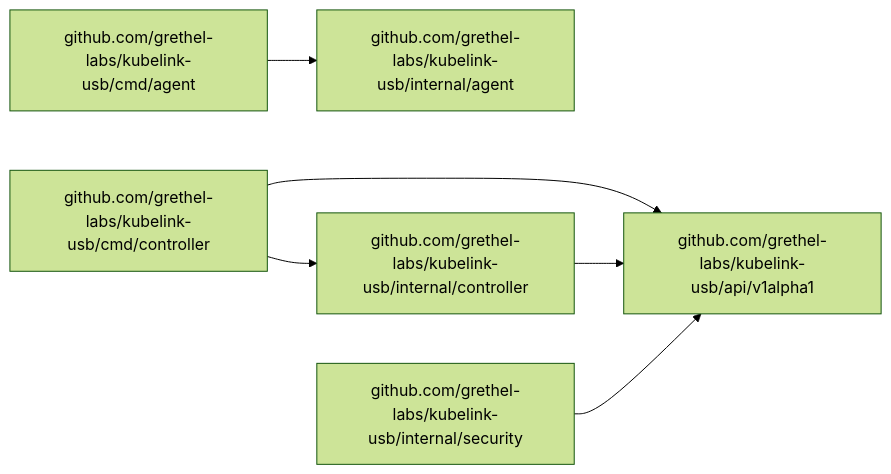
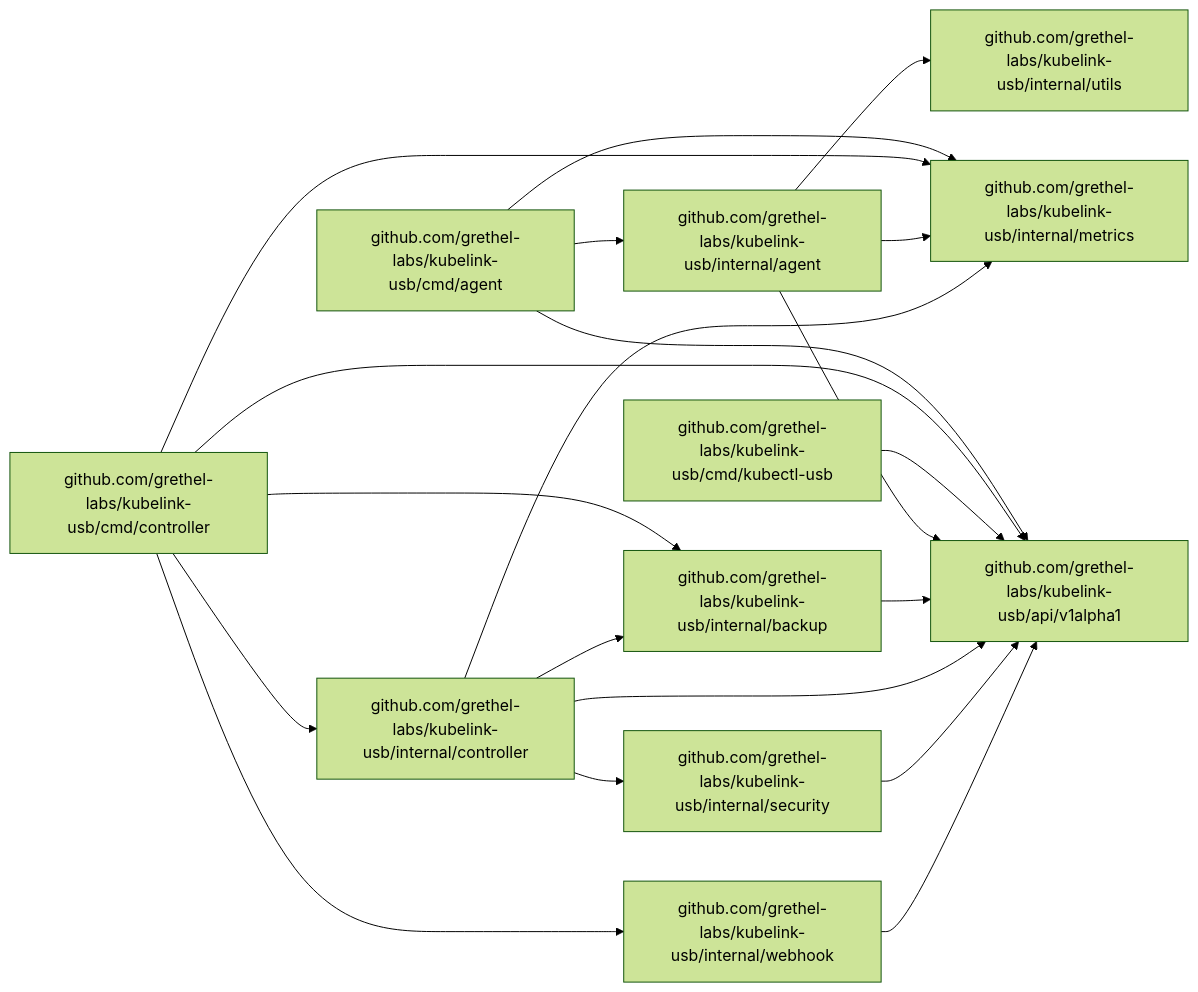
The first of 3 diagrams in docs/CODE_REFERENCE.md (grethel-labs/kubelink-usb), drawn with Mermaid (forest theme) before and after one commit. The commit also changed other lines of this file and 73 other files, not shown here.

````diff
--- a/docs/CODE_REFERENCE.md
+++ b/docs/CODE_REFERENCE.md
@@ -33,8 +37,22 @@
 ```mermaid
 flowchart LR
+    github_com_grethel_labs_kubelink_usb_cmd_agent["github.com/grethel-labs/kubelink-usb/cmd/agent"] --> github_com_grethel_labs_kubelink_usb_api_v1alpha1["github.com/grethel-labs/kubelink-usb/api/v1alpha1"]
     github_com_grethel_labs_kubelink_usb_cmd_agent["github.com/grethel-labs/kubelink-usb/cmd/agent"] --> github_com_grethel_labs_kubelink_usb_internal_agent["github.com/grethel-labs/kubelink-usb/internal/agent"]
+    github_com_grethel_labs_kubelink_usb_cmd_agent["github.com/grethel-labs/kubelink-usb/cmd/agent"] --> github_com_grethel_labs_kubelink_usb_internal_metrics["github.com/grethel-labs/kubelink-usb/internal/metrics"]
     github_com_grethel_labs_kubelink_usb_cmd_controller["github.com/grethel-labs/kubelink-usb/cmd/controller"] --> github_com_grethel_labs_kubelink_usb_api_v1alpha1["github.com/grethel-labs/kubelink-usb/api/v1alpha1"]
+    github_com_grethel_labs_kubelink_usb_cmd_controller["github.com/grethel-labs/kubelink-usb/cmd/controller"] --> github_com_grethel_labs_kubelink_usb_internal_backup["github.com/grethel-labs/kubelink-usb/internal/backup"]
     github_com_grethel_labs_kubelink_usb_cmd_controller["github.com/grethel-labs/kubelink-usb/cmd/controller"] --> github_com_grethel_labs_kubelink_usb_internal_controller["github.com/grethel-labs/kubelink-usb/internal/controller"]
+    github_com_grethel_labs_kubelink_usb_cmd_controller["github.com/grethel-labs/kubelink-usb/cmd/controller"] --> github_com_grethel_labs_kubelink_usb_internal_metrics["github.com/grethel-labs/kubelink-usb/internal/metrics"]
+    github_com_grethel_labs_kubelink_usb_cmd_controller["github.com/grethel-labs/kubelink-usb/cmd/controller"] --> github_com_grethel_labs_kubelink_usb_internal_webhook["github.com/grethel-labs/kubelink-usb/internal/webhook"]
+    github_com_grethel_labs_kubelink_usb_cmd_kubectl_usb["github.com/grethel-labs/kubelink-usb/cmd/kubectl-usb"] --> github_com_grethel_labs_kubelink_usb_api_v1alpha1["github.com/grethel-labs/kubelink-usb/api/v1alpha1"]
+    github_com_grethel_labs_kubelink_usb_internal_agent["github.com/grethel-labs/kubelink-usb/internal/agent"] --> github_com_grethel_labs_kubelink_usb_api_v1alpha1["github.com/grethel-labs/kubelink-usb/api/v1alpha1"]
+    github_com_grethel_labs_kubelink_usb_internal_agent["github.com/grethel-labs/kubelink-usb/internal/agent"] --> github_com_grethel_labs_kubelink_usb_internal_metrics["github.com/grethel-labs/kubelink-usb/internal/metrics"]
+    github_com_grethel_labs_kubelink_usb_internal_agent["github.com/grethel-labs/kubelink-usb/internal/agent"] --> github_com_grethel_labs_kubelink_usb_internal_utils["github.com/grethel-labs/kubelink-usb/internal/utils"]
+    github_com_grethel_labs_kubelink_usb_internal_backup["github.com/grethel-labs/kubelink-usb/internal/backup"] --> github_com_grethel_labs_kubelink_usb_api_v1alpha1["github.com/grethel-labs/kubelink-usb/api/v1alpha1"]
     github_com_grethel_labs_kubelink_usb_internal_controller["github.com/grethel-labs/kubelink-usb/internal/controller"] --> github_com_grethel_labs_kubelink_usb_api_v1alpha1["github.com/grethel-labs/kubelink-usb/api/v1alpha1"]
+    github_com_grethel_labs_kubelink_usb_internal_controller["github.com/grethel-labs/kubelink-usb/internal/controller"] --> github_com_grethel_labs_kubelink_usb_internal_backup["github.com/grethel-labs/kubelink-usb/internal/backup"]
+    github_com_grethel_labs_kubelink_usb_internal_controller["github.com/grethel-labs/kubelink-usb/internal/controller"] --> github_com_grethel_labs_kubelink_usb_internal_metrics["github.com/grethel-labs/kubelink-usb/internal/metrics"]
+    github_com_grethel_labs_kubelink_usb_internal_controller["github.com/grethel-labs/kubelink-usb/internal/controller"] --> github_com_grethel_labs_kubelink_usb_internal_security["github.com/grethel-labs/kubelink-usb/internal/security"]
     github_com_grethel_labs_kubelink_usb_internal_security["github.com/grethel-labs/kubelink-usb/internal/security"] --> github_com_grethel_labs_kubelink_usb_api_v1alpha1["github.com/grethel-labs/kubelink-usb/api/v1alpha1"]
+    github_com_grethel_labs_kubelink_usb_internal_webhook["github.com/grethel-labs/kubelink-usb/internal/webhook"] --> github_com_grethel_labs_kubelink_usb_api_v1alpha1["github.com/grethel-labs/kubelink-usb/api/v1alpha1"]
 ```
````
